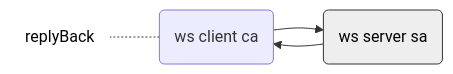
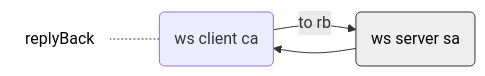
Before and after one commit to toshirot/w2w: the first of 7 diagrams in README.md, drawn with Mermaid. The commit also changed other lines of this file, not shown here.

````diff
--- a/README.md
+++ b/README.md
@@ -100,16 +100,16 @@
 ```mermaid
 flowchart LR
 
 %%test0("at on connect: 自動で返される reply back"):::class_text
 
     %%single_type3
         text_a2a(replyBack):::class_text_min
         single_type3c(ws client ca) 
         single_type3s(ws server sa):::class_server
             text_a2a -.- single_type3c
-            single_type3c --> single_type3s --> single_type3c
+            single_type3c --> |to rb| single_type3s --> single_type3c
 
 classDef class_server fill:#eee,color:#000,stroke:#333
 classDef class_text fill:#fff,color:#000,stroke:#fff
 classDef class_text_min fill:#fff,color:#000,stroke:#fff,margin:0
 ```
````
